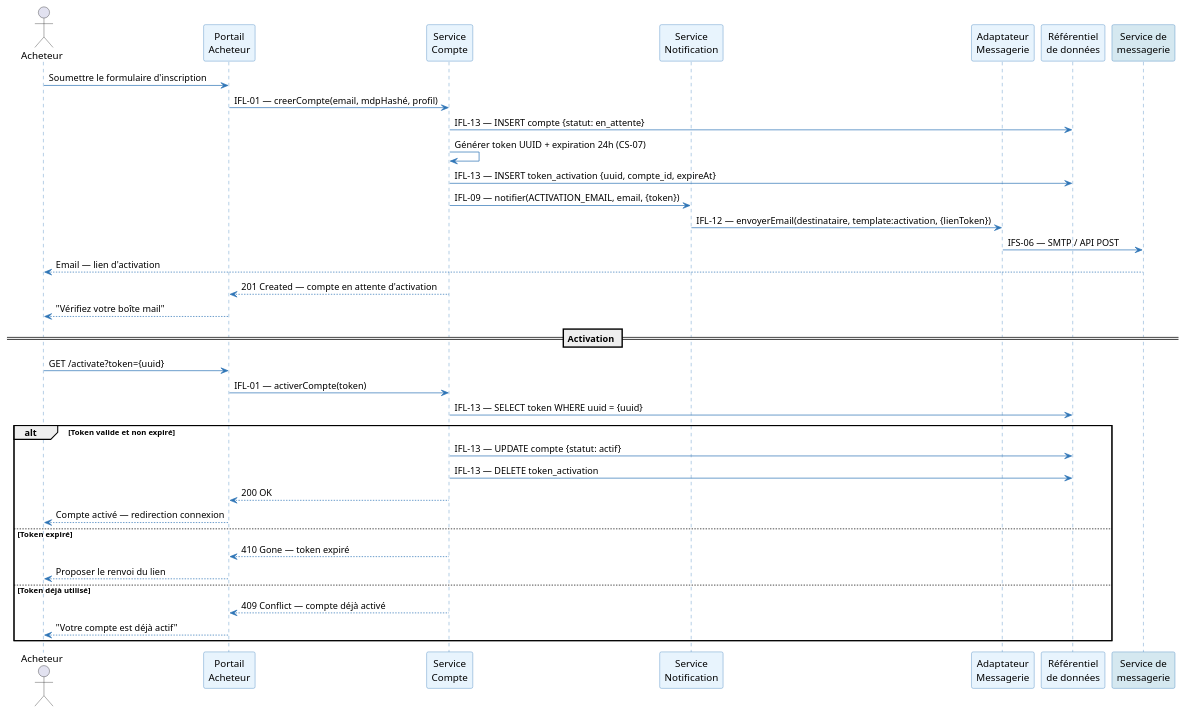
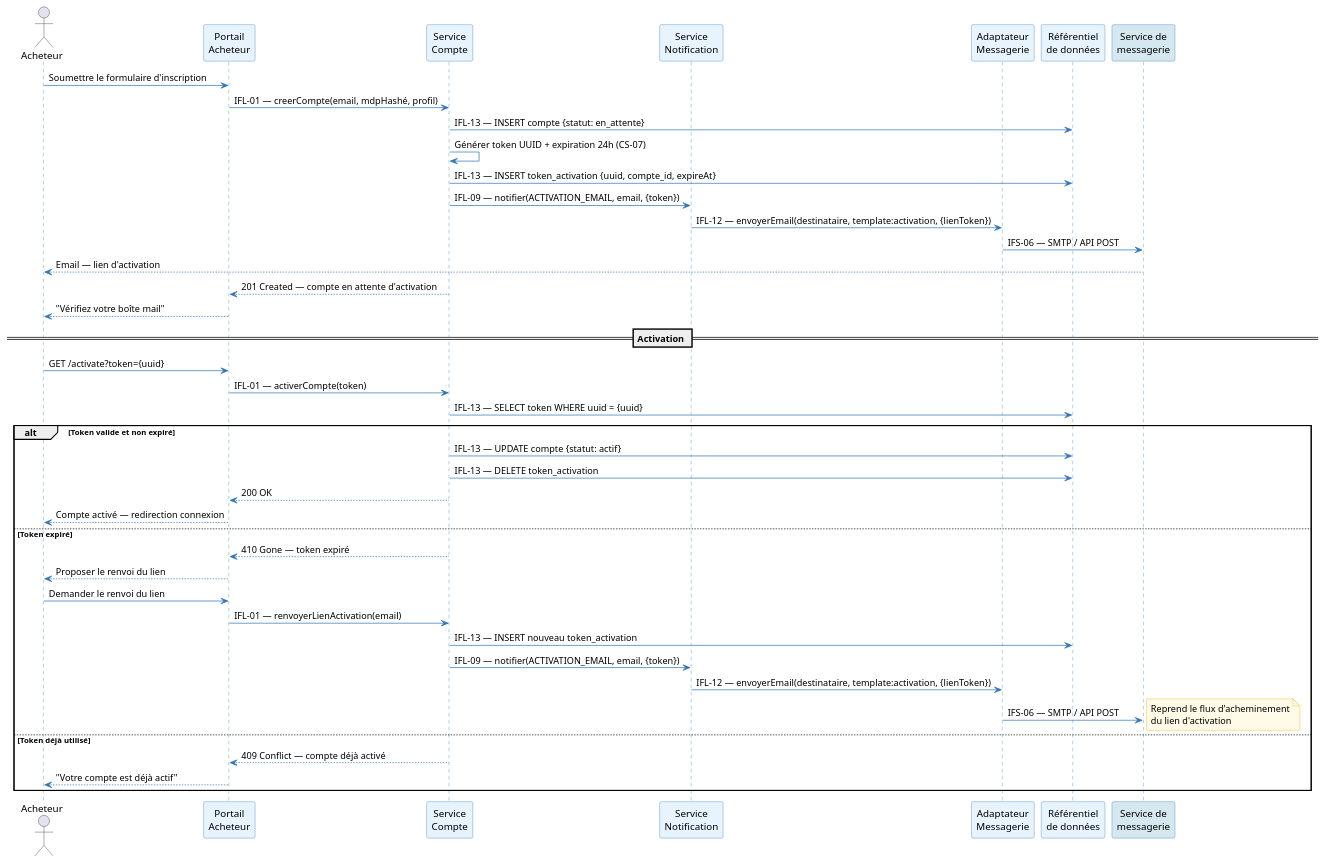
One commit to louistalvande/online_shop changed the second of 7 diagrams in architecture/03-logical-architecture/la.adoc. Above: the diagram before and after it, drawn with PlantUML. The commit also changed 7 other files, not shown here.

```diff
--- a/architecture/03-logical-architecture/la.adoc
+++ b/architecture/03-logical-architecture/la.adoc
@@ -283,48 +283,55 @@
 [plantuml, la-seq-inscription, svg]
 ----
 skinparam sequenceArrowColor #2E75B6
 skinparam sequenceParticipantBackgroundColor #E8F4FD
 skinparam sequenceParticipantBorderColor #2E75B6
 skinparam sequenceLifeLineBorderColor #2E75B6
 skinparam noteBorderColor #F0A500
 skinparam noteBackgroundColor #FFFBE6
 
 actor Acheteur as Buyer
 participant "Portail\nAcheteur" as UI
 participant "Service\nCompte" as SvcAccount
 participant "Service\nNotification" as SvcNotif
 participant "Adaptateur\nMessagerie" as AdpMail
 participant "Référentiel\nde données" as DB
 participant "Service de\nmessagerie" as ExtMail #D5E8F0
 
 Buyer -> UI : Soumettre le formulaire d'inscription
 UI -> SvcAccount : IFL-01 — creerCompte(email, mdpHashé, profil)
 SvcAccount -> DB : IFL-13 — INSERT compte {statut: en_attente}
 SvcAccount -> SvcAccount : Générer token UUID + expiration 24h (CS-07)
 SvcAccount -> DB : IFL-13 — INSERT token_activation {uuid, compte_id, expireAt}
 SvcAccount -> SvcNotif : IFL-09 — notifier(ACTIVATION_EMAIL, email, {token})
 SvcNotif -> AdpMail : IFL-12 — envoyerEmail(destinataire, template:activation, {lienToken})
 AdpMail -> ExtMail : IFS-06 — SMTP / API POST
 ExtMail --> Buyer : Email — lien d'activation
 
 SvcAccount --> UI : 201 Created — compte en attente d'activation
 UI --> Buyer : "Vérifiez votre boîte mail"
 
 == Activation ==
 Buyer -> UI : GET /activate?token={uuid}
 UI -> SvcAccount : IFL-01 — activerCompte(token)
 SvcAccount -> DB : IFL-13 — SELECT token WHERE uuid = {uuid}
 
 alt Token valide et non expiré
   SvcAccount -> DB : IFL-13 — UPDATE compte {statut: actif}
   SvcAccount -> DB : IFL-13 — DELETE token_activation
   SvcAccount --> UI : 200 OK
   UI --> Buyer : Compte activé — redirection connexion
 else Token expiré
   SvcAccount --> UI : 410 Gone — token expiré
   UI --> Buyer : Proposer le renvoi du lien
+  Buyer -> UI : Demander le renvoi du lien
+  UI -> SvcAccount : IFL-01 — renvoyerLienActivation(email)
+  SvcAccount -> DB : IFL-13 — INSERT nouveau token_activation
+  SvcAccount -> SvcNotif : IFL-09 — notifier(ACTIVATION_EMAIL, email, {token})
+  SvcNotif -> AdpMail : IFL-12 — envoyerEmail(destinataire, template:activation, {lienToken})
+  AdpMail -> ExtMail : IFS-06 — SMTP / API POST
+  note right : Reprend le flux d'acheminement\ndu lien d'activation
 else Token déjà utilisé
   SvcAccount --> UI : 409 Conflict — compte déjà activé
   UI --> Buyer : "Votre compte est déjà actif"
 end
 ----
```
